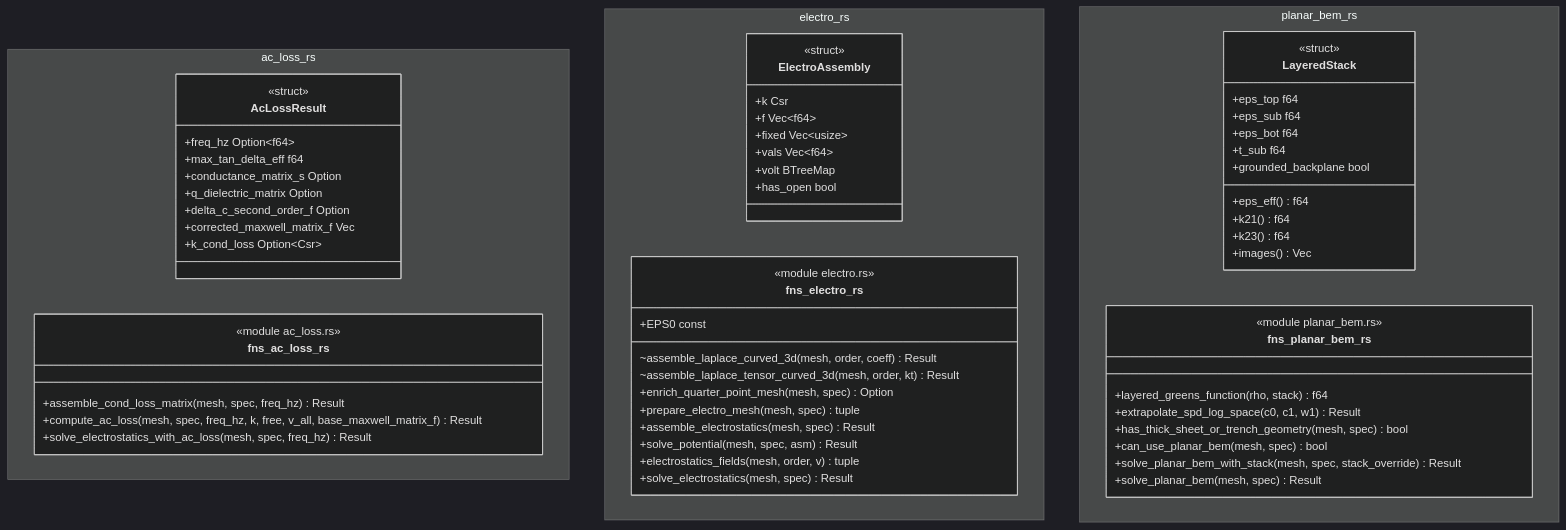
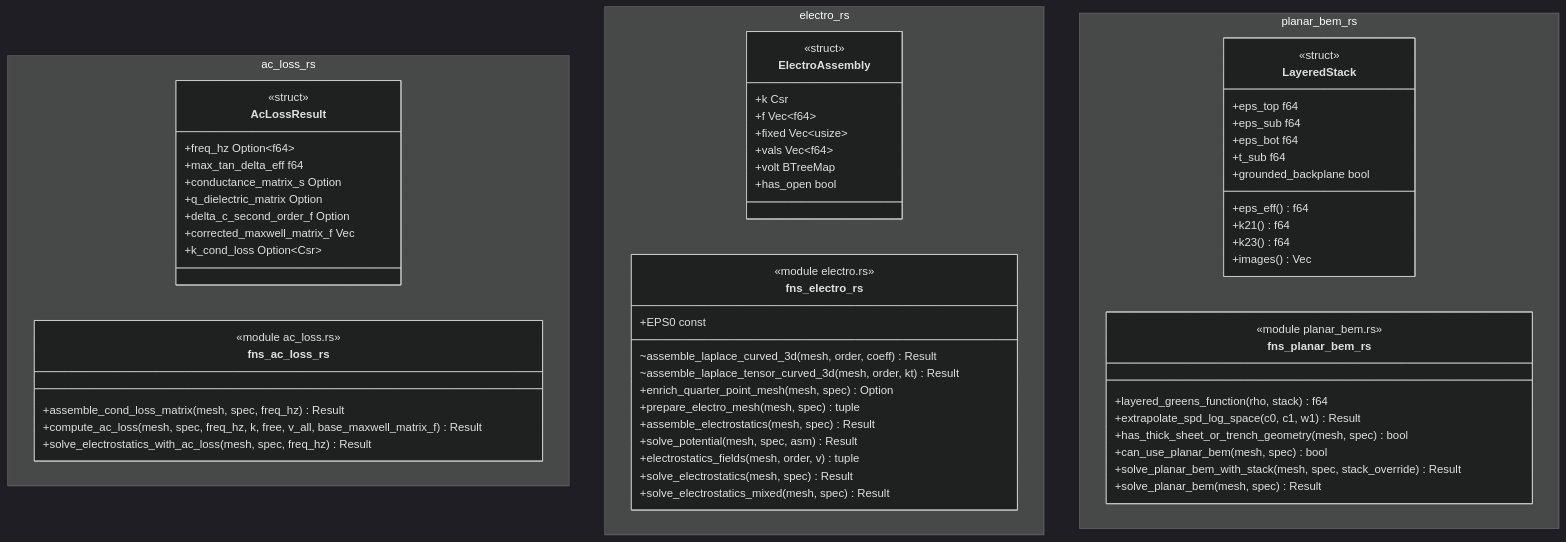
Before and after one commit to p-j-r/nyx: the diagram in docs/architecture/c4/4-code/dfs/electro.md, drawn with Mermaid (dark theme). The commit also changed other lines of this file and 110 other files, not shown here.

````diff
--- a/docs/architecture/c4/4-code/dfs/electro.md
+++ b/docs/architecture/c4/4-code/dfs/electro.md
@@ -37,67 +37,68 @@
 ```mermaid
 classDiagram
   namespace ac_loss_rs {
     class AcLossResult {
         <<struct>>
         +freq_hz Option~f64~
         +max_tan_delta_eff f64
         +conductance_matrix_s Option
         +q_dielectric_matrix Option
         +delta_c_second_order_f Option
         +corrected_maxwell_matrix_f Vec
         +k_cond_loss Option~Csr~
     }
     class fns_ac_loss_rs {
         <<module ac_loss.rs>>
         +assemble_cond_loss_matrix(mesh, spec, freq_hz) Result
         +compute_ac_loss(mesh, spec, freq_hz, k, free, v_all, base_maxwell_matrix_f) Result
         +solve_electrostatics_with_ac_loss(mesh, spec, freq_hz) Result
     }
   }
   namespace electro_rs {
     class ElectroAssembly {
         <<struct>>
         +k Csr
         +f Vec~f64~
         +fixed Vec~usize~
         +vals Vec~f64~
         +volt BTreeMap
         +has_open bool
     }
     class fns_electro_rs {
         <<module electro.rs>>
         ~assemble_laplace_curved_3d(mesh, order, coeff) Result
         ~assemble_laplace_tensor_curved_3d(mesh, order, kt) Result
         +enrich_quarter_point_mesh(mesh, spec) Option
         +prepare_electro_mesh(mesh, spec) tuple
         +assemble_electrostatics(mesh, spec) Result
         +solve_potential(mesh, spec, asm) Result
         +electrostatics_fields(mesh, order, v) tuple
         +solve_electrostatics(mesh, spec) Result
+        +solve_electrostatics_mixed(mesh, spec) Result
         +EPS0 const
     }
   }
   namespace planar_bem_rs {
     class LayeredStack {
         <<struct>>
         +eps_top f64
         +eps_sub f64
         +eps_bot f64
         +t_sub f64
         +grounded_backplane bool
         +eps_eff() f64
         +k21() f64
         +k23() f64
         +images() Vec
     }
     class fns_planar_bem_rs {
         <<module planar_bem.rs>>
         +layered_greens_function(rho, stack) f64
         +extrapolate_spd_log_space(c0, c1, w1) Result
         +has_thick_sheet_or_trench_geometry(mesh, spec) bool
         +can_use_planar_bem(mesh, spec) bool
         +solve_planar_bem_with_stack(mesh, spec, stack_override) Result
         +solve_planar_bem(mesh, spec) Result
     }
   }
 ```
````
